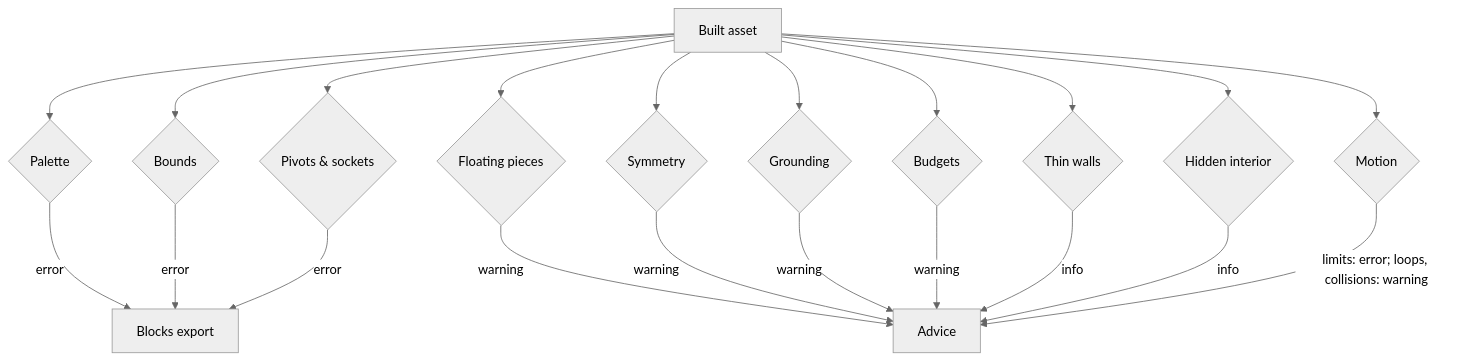
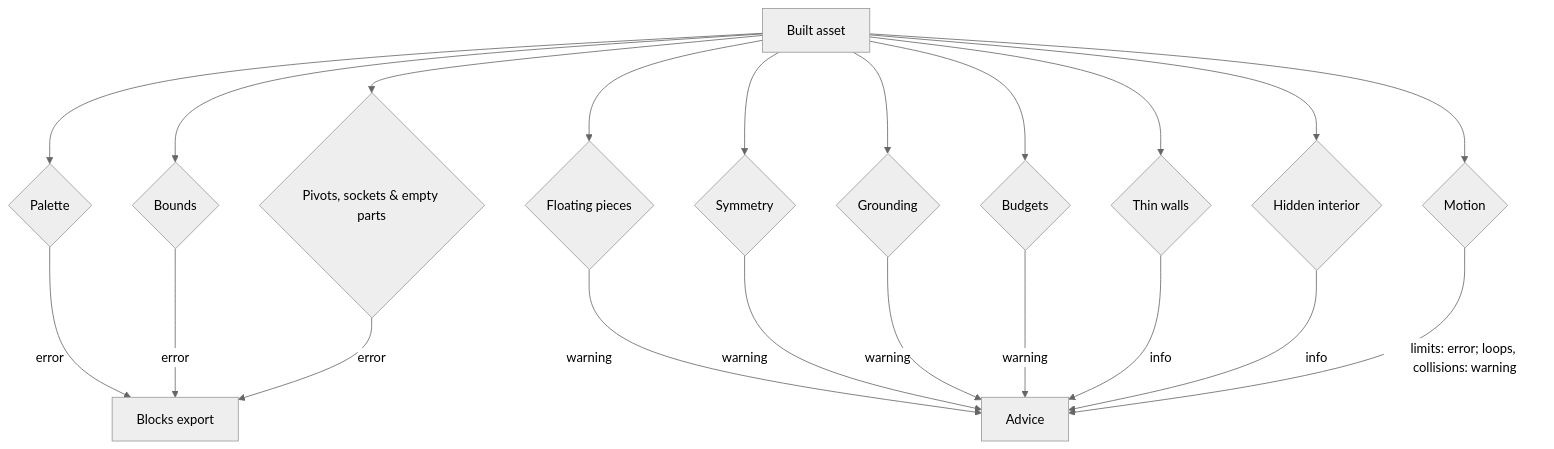
One commit to Kalcode/cubist-voxel changed the fifth of 6 diagrams in docs/how-it-works.md. Above: the diagram before and after it, drawn with Mermaid (neutral theme). The commit also changed 3 other files, not shown here.

````diff
--- a/docs/how-it-works.md
+++ b/docs/how-it-works.md
@@ -157,17 +157,17 @@
 ```mermaid
 flowchart TD
     asset[Built asset] --> palette{Palette}
     asset --> bounds{Bounds}
-    asset --> pivots{Pivots & sockets}
+    asset --> pivots{Pivots, sockets & empty parts}
     asset --> floating{Floating pieces}
     asset --> symmetry{Symmetry}
     asset --> grounding{Grounding}
     asset --> budgets{Budgets}
     asset --> thin{Thin walls}
     asset --> hidden{Hidden interior}
     asset --> motion{Motion}
     palette & bounds & pivots -->|error| block[Blocks export]
     floating & symmetry & grounding & budgets -->|warning| advice[Advice]
     thin & hidden -->|info| advice
     motion -->|limits: error; loops, collisions: warning| advice
 ```
````
